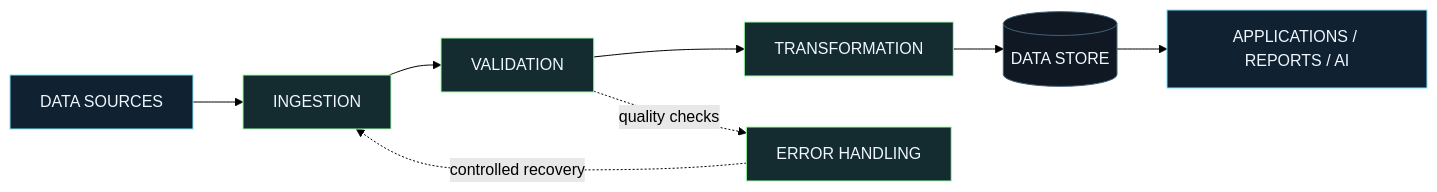
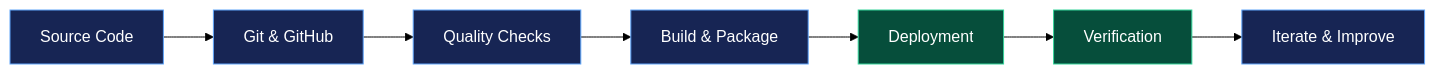
One commit to Aravindan-001/Aravindan-001 changed the first of 2 diagrams in README.md. Above: the diagram before and after it, drawn with Mermaid (forest theme). The commit also changed other lines of this file, not shown here.

````diff
--- a/README.md
+++ b/README.md
@@ -146,19 +171,17 @@
 ```mermaid
 flowchart LR
-    A["DATA SOURCES"] --> B["INGESTION"]
-    B --> C["VALIDATION"]
-    C --> D["TRANSFORMATION"]
-    D --> E[("DATA STORE")]
-    E --> F["APPLICATIONS / REPORTS / AI"]
+    A["Source Code"] --> B["Git & GitHub"]
+    B --> C["Quality Checks"]
+    C --> D["Build & Package"]
+    D --> E["Deployment"]
+    E --> F["Verification"]
+    F --> G["Iterate & Improve"]
 
-    C -. "quality checks" .-> G["ERROR HANDLING"]
-    G -. "controlled recovery" .-> B
-
-    classDef source fill:#102131,stroke:#7DE3FF,color:#F0F7FF
-    classDef process fill:#142B30,stroke:#9FFFA8,color:#F0F7FF
-    classDef storage fill:#101923,stroke:#426176,color:#F0F7FF
-
-    class A,F source
-    class B,C,D,G process
-    class E storage
+    style A fill:#172554,stroke:#60A5FA,color:#FFFFFF
+    style B fill:#172554,stroke:#60A5FA,color:#FFFFFF
+    style C fill:#172554,stroke:#60A5FA,color:#FFFFFF
+    style D fill:#172554,stroke:#60A5FA,color:#FFFFFF
+    style E fill:#064E3B,stroke:#34D399,color:#FFFFFF
+    style F fill:#064E3B,stroke:#34D399,color:#FFFFFF
+    style G fill:#172554,stroke:#60A5FA,color:#FFFFFF
 ```
````
